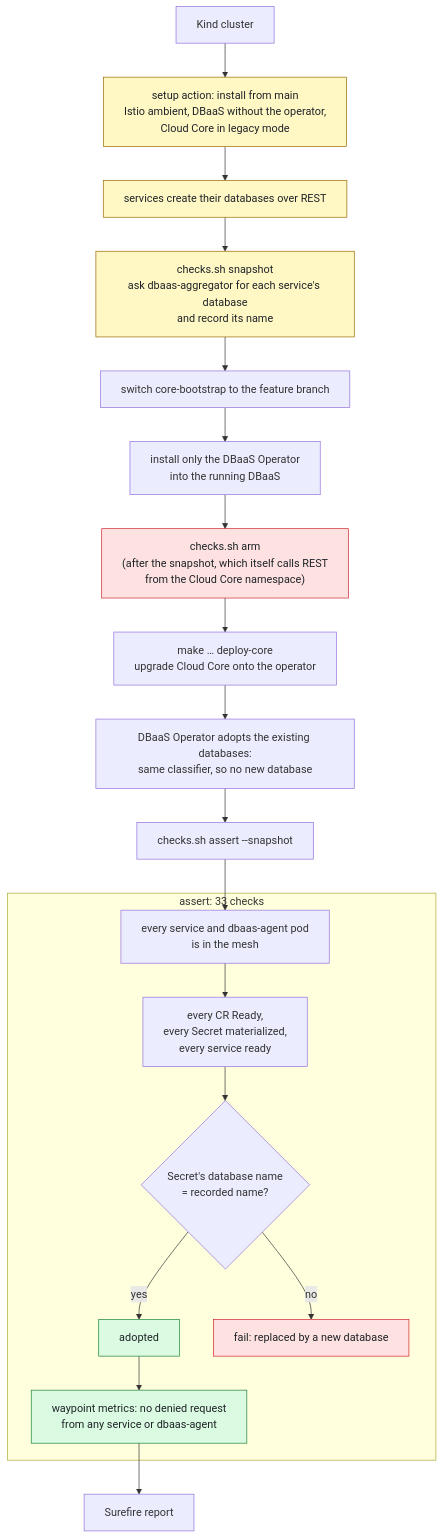
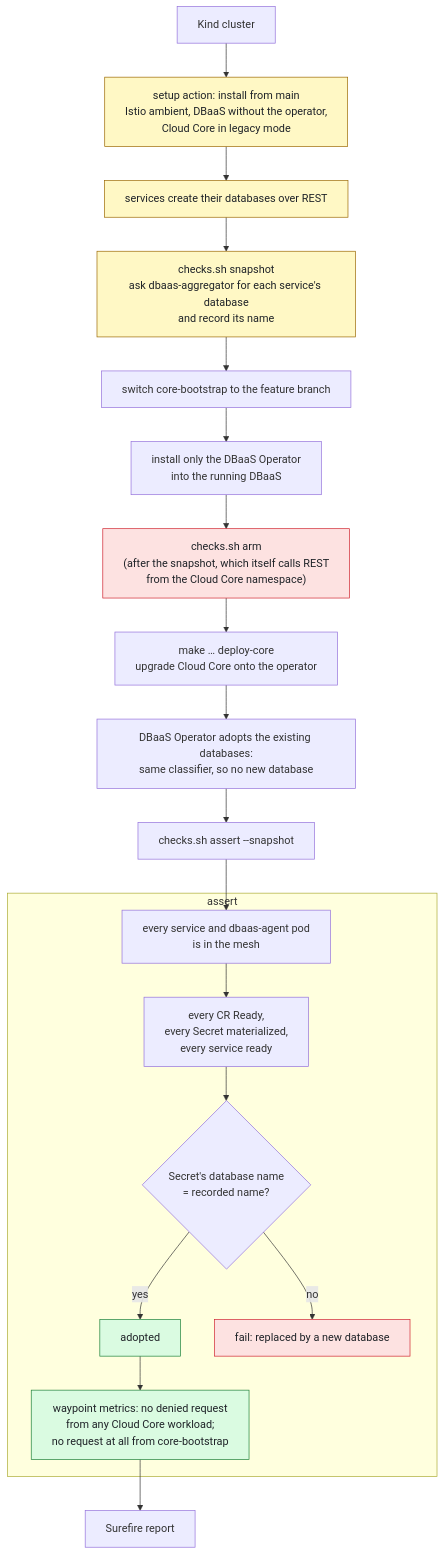
The third of 3 diagrams in dbaas-operator-tests/README.md (Netcracker/qubership-core-test-apps), drawn with Mermaid before and after one commit. The commit also changed other lines of this file and 1 other file, not shown here.

First line of the commit message:
test: catch a REST call from core-bootstrap or any other Cloud Core workload

````diff
--- a/dbaas-operator-tests/README.md
+++ b/dbaas-operator-tests/README.md
@@ -119,31 +125,31 @@
 ```mermaid
 %%{init: {"flowchart": {"wrappingWidth": 320}}}%%
 flowchart TD
     A["Kind cluster"] --> B["setup action: install from main<br/>Istio ambient, DBaaS without the operator,<br/>Cloud Core in legacy mode"]
     B --> C["services create their databases over REST"]
     C --> D["checks.sh snapshot<br/>ask dbaas-aggregator for each service's database<br/>and record its name"]
     D --> E["switch core-bootstrap to the feature branch"]
     E --> F["install only the DBaaS Operator<br/>into the running DBaaS"]
     F --> G["checks.sh arm<br/>(after the snapshot, which itself calls REST<br/>from the Cloud Core namespace)"]
     G --> H["make … deploy-core<br/>upgrade Cloud Core onto the operator"]
     H --> I["DBaaS Operator adopts the existing databases:<br/>same classifier, so no new database"]
     I --> J["checks.sh assert --snapshot"]
 
-    subgraph assert["assert: 33 checks"]
+    subgraph assert["assert"]
         J1["every service and dbaas-agent pod<br/>is in the mesh"] --> J2["every CR Ready,<br/>every Secret materialized,<br/>every service ready"]
         J2 --> J3{"Secret's database name<br/>= recorded name?"}
         J3 -- "yes" --> J4["adopted"]
         J3 -- "no" --> J5["fail: replaced by a new database"]
-        J4 --> J6["waypoint metrics: no denied request<br/>from any service or dbaas-agent"]
+        J4 --> J6["waypoint metrics: no denied request<br/>from any Cloud Core workload;<br/>no request at all from core-bootstrap"]
     end
 
     J --> J1
     J6 --> R["Surefire report"]
 
     classDef legacy fill:#fff8c5,stroke:#9a6700,color:#1f2328
     classDef trap fill:#fde2e1,stroke:#cf222e,color:#1f2328
     classDef proof fill:#dafbe1,stroke:#1a7f37,color:#1f2328
     class B,C,D legacy
     class G,J5 trap
     class J4,J6 proof
 ```
````
